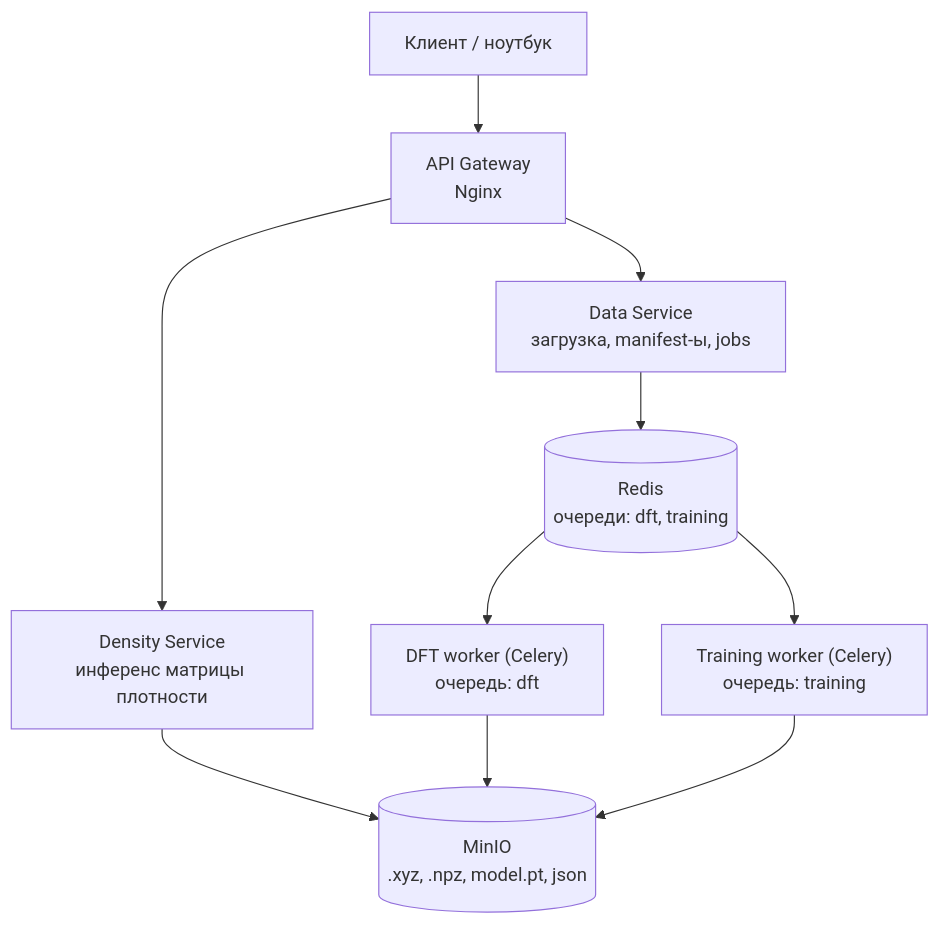
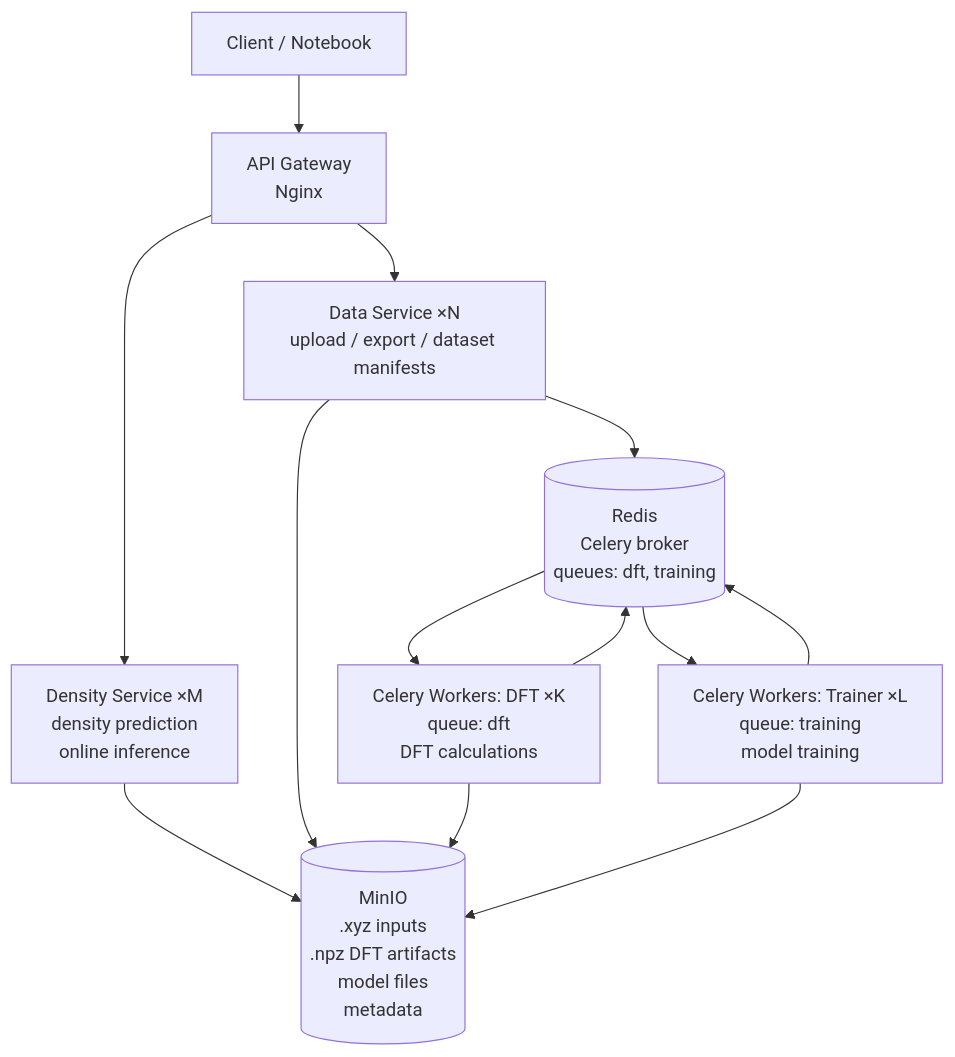
One commit to krasvl/dft-workflow changed the first of 2 diagrams in README.md. Above: the diagram before and after it, drawn with Mermaid. The commit also changed other lines of this file, not shown here.

````diff
--- a/README.md
+++ b/README.md
@@ -9,30 +9,36 @@
 ```mermaid
 flowchart TB
-    User["Клиент / ноутбук"]
+    User["Client / Notebook"]
 
     Nginx["API Gateway<br/>Nginx"]
 
-    DataService["Data Service<br/>загрузка, manifest-ы, jobs"]
-    DensityService["Density Service<br/>инференс матрицы плотности"]
+    DataService["Data Service ×N<br/>upload / export / dataset manifests"]
+    DensityService["Density Service ×M<br/>density prediction<br/>online inference"]
 
-    MinIO[("MinIO<br/>.xyz, .npz, model.pt, json")]
-    Redis[("Redis<br/>очереди: dft, training")]
+    MinIO[("MinIO<br/>.xyz inputs<br/>.npz DFT artifacts<br/>model files<br/>metadata")]
 
-    DftWorkers["DFT worker (Celery)<br/>очередь: dft"]
-    TrainingWorkers["Training worker (Celery)<br/>очередь: training"]
+    Redis[("Redis<br/>Celery broker<br/>queues: dft, training")]
+
+    DftWorkers["Celery Workers: DFT ×K<br/>queue: dft<br/>DFT calculations"]
+
+    TrainingWorkers["Celery Workers: Trainer ×L<br/>queue: training<br/>model training"]
 
     User --> Nginx
 
     Nginx --> DataService
     Nginx --> DensityService
 
     DensityService --> MinIO
 
+    DataService --> MinIO
     DataService --> Redis
 
     Redis --> DftWorkers
     Redis --> TrainingWorkers
 
     DftWorkers --> MinIO
+    DftWorkers --> Redis
+
     TrainingWorkers --> MinIO
+    TrainingWorkers --> Redis
 ```
````
